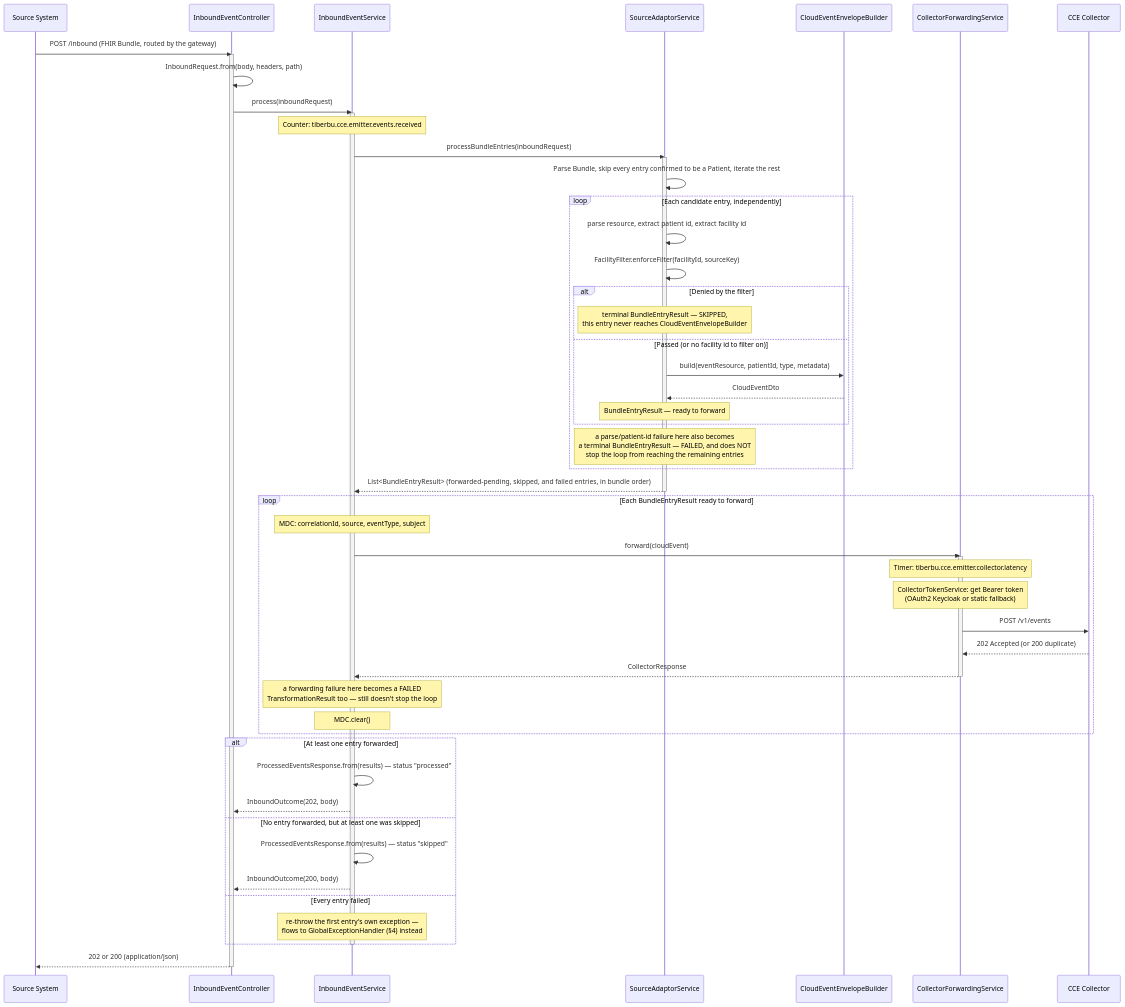
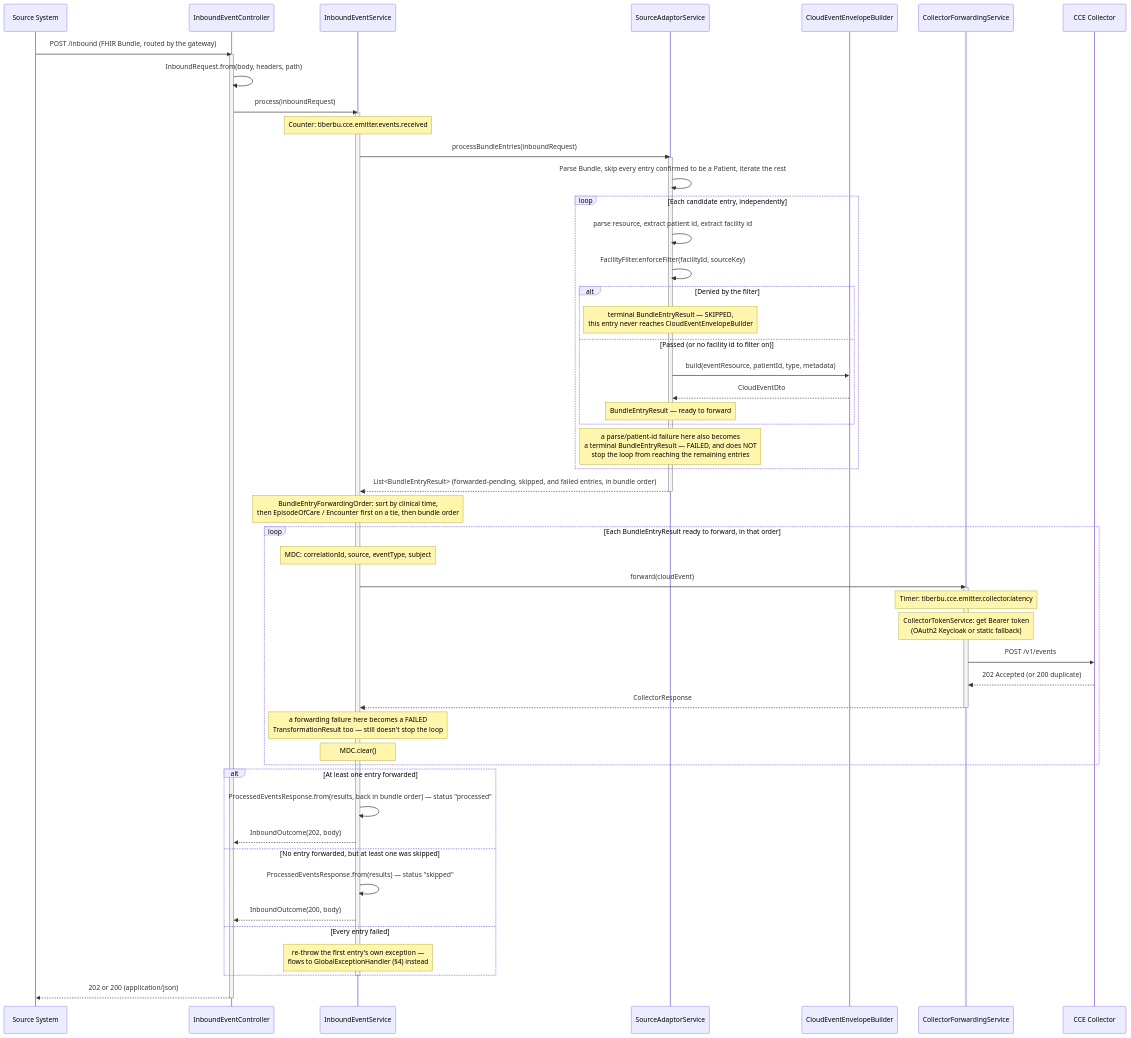
The second of 7 diagrams in docs/flow-diagrams.md (ishashankakkasali/tiberbu-cce-emitter-adaptor), drawn with Mermaid before and after one commit. The commit also changed 8 other files, not shown here.

Commit message:
KE-29: Sort bundle entries based on clinical time else parent resourceType and bundle index while forwarding to collector

````diff
--- a/docs/flow-diagrams.md
+++ b/docs/flow-diagrams.md
@@ -44,68 +44,70 @@
 ```mermaid
 sequenceDiagram
     participant Src as Source System
     participant Ctrl as InboundEventController
     participant EvtSvc as InboundEventService
     participant Svc as SourceAdaptorService
     participant CE as CloudEventEnvelopeBuilder
     participant Fwd as CollectorForwardingService
     participant Col as CCE Collector
 
     Src->>Ctrl: POST /inbound (FHIR Bundle, routed by the gateway)
     activate Ctrl
 
     Ctrl->>Ctrl: InboundRequest.from(body, headers, path)
 
     Ctrl->>EvtSvc: process(inboundRequest)
     activate EvtSvc
 
     Note over EvtSvc: Counter: tiberbu.cce.emitter.events.received
 
     EvtSvc->>Svc: processBundleEntries(inboundRequest)
     activate Svc
     Svc->>Svc: Parse Bundle, skip every entry confirmed to be a Patient, iterate the rest
 
     loop Each candidate entry, independently
         Svc->>Svc: parse resource, extract patient id, extract facility id
         Svc->>Svc: FacilityFilter.enforceFilter(facilityId, sourceKey)
         alt Denied by the filter
             Note over Svc: terminal BundleEntryResult — SKIPPED,<br/>this entry never reaches CloudEventEnvelopeBuilder
         else Passed (or no facility id to filter on)
             Svc->>CE: build(eventResource, patientId, type, metadata)
             CE-->>Svc: CloudEventDto
             Note over Svc: BundleEntryResult — ready to forward
         end
         Note over Svc: a parse/patient-id failure here also becomes<br/>a terminal BundleEntryResult — FAILED, and does NOT<br/>stop the loop from reaching the remaining entries
     end
 
     Svc-->>EvtSvc: List<BundleEntryResult> (forwarded-pending, skipped, and failed entries, in bundle order)
     deactivate Svc
 
-    loop Each BundleEntryResult ready to forward
+    Note over EvtSvc: BundleEntryForwardingOrder: sort by clinical time,<br/>then EpisodeOfCare / Encounter first on a tie, then bundle order
+
+    loop Each BundleEntryResult ready to forward, in that order
         Note over EvtSvc: MDC: correlationId, source, eventType, subject
         EvtSvc->>Fwd: forward(cloudEvent)
         activate Fwd
         Note over Fwd: Timer: tiberbu.cce.emitter.collector.latency
         Note over Fwd: CollectorTokenService: get Bearer token<br/>(OAuth2 Keycloak or static fallback)
         Fwd->>Col: POST /v1/events
         Col-->>Fwd: 202 Accepted (or 200 duplicate)
         Fwd-->>EvtSvc: CollectorResponse
         deactivate Fwd
         Note over EvtSvc: a forwarding failure here becomes a FAILED<br/>TransformationResult too — still doesn't stop the loop
         Note over EvtSvc: MDC.clear()
     end
 
     alt At least one entry forwarded
-        EvtSvc->>EvtSvc: ProcessedEventsResponse.from(results) — status "processed"
+        EvtSvc->>EvtSvc: ProcessedEventsResponse.from(results, back in bundle order) — status "processed"
         EvtSvc-->>Ctrl: InboundOutcome(202, body)
     else No entry forwarded, but at least one was skipped
         EvtSvc->>EvtSvc: ProcessedEventsResponse.from(results) — status "skipped"
         EvtSvc-->>Ctrl: InboundOutcome(200, body)
     else Every entry failed
         Note over EvtSvc: re-throw the first entry's own exception —<br/>flows to GlobalExceptionHandler (§4) instead
     end
     deactivate EvtSvc
 
     Ctrl-->>Src: 202 or 200 (application/json)
     deactivate Ctrl
 ```
````
